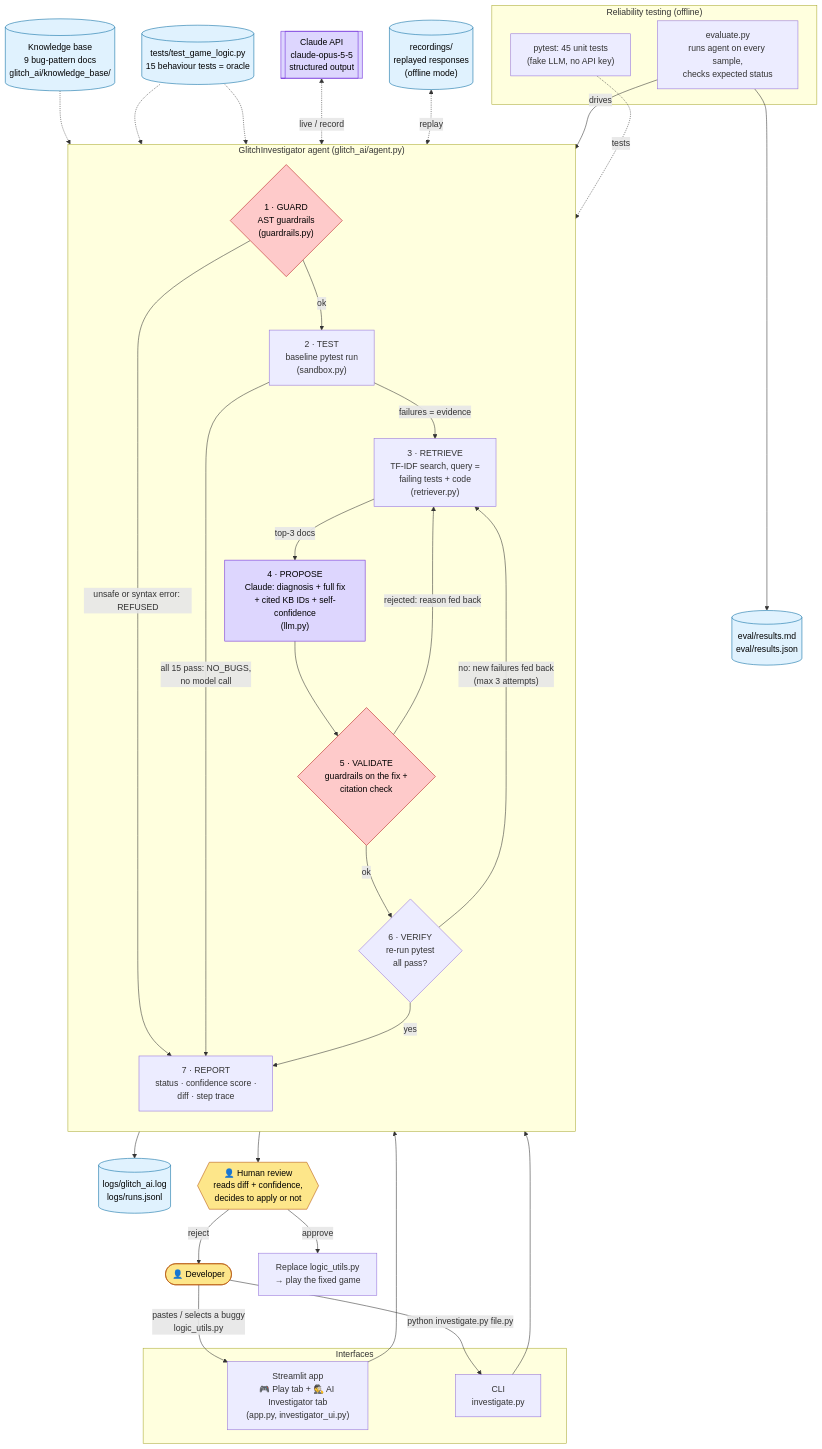
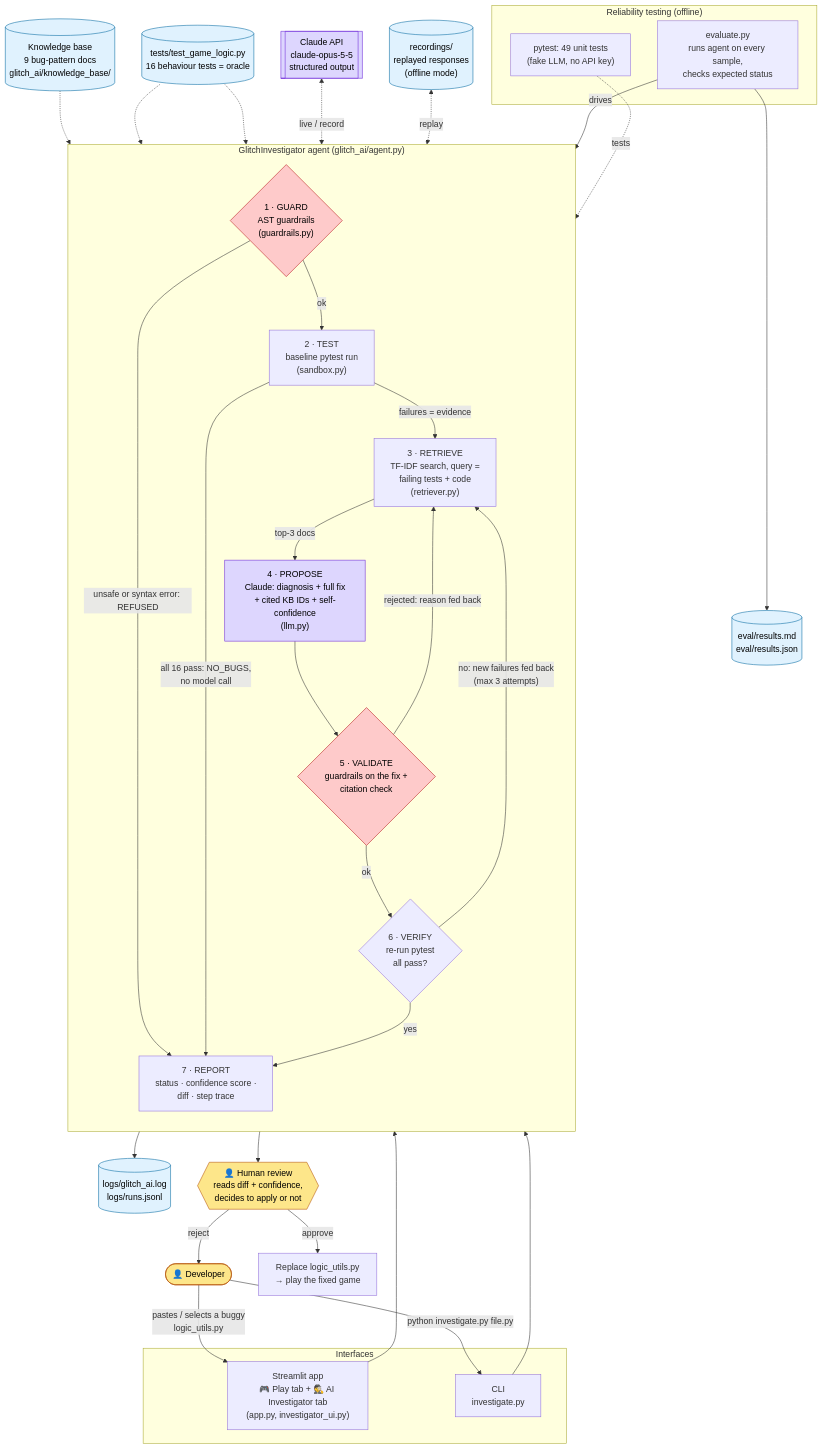
Before and after one commit to OmarTorky-dev/applied-ai-system-project: the diagram in diagrams/architecture.mmd, drawn with Mermaid. The commit also changed 49 other files, not shown here.

```diff
--- a/diagrams/architecture.mmd
+++ b/diagrams/architecture.mmd
@@ -1,66 +1,66 @@
 %% Glitch Investigator AI: system architecture
 %% Source of truth for the diagram embedded in README.md
 flowchart TD
     %% ---------- Inputs ----------
     U([👤 Developer]) -->|"pastes / selects a buggy<br/>logic_utils.py"| UI
     subgraph Interfaces
         UI["Streamlit app<br/>🎮 Play tab + 🕵️ AI Investigator tab<br/>(app.py, investigator_ui.py)"]
         CLI["CLI<br/>investigate.py"]
     end
     U -->|"python investigate.py file.py"| CLI
     UI --> AGENT
     CLI --> AGENT
 
     %% ---------- Agent loop ----------
     subgraph AGENT["GlitchInvestigator agent  (glitch_ai/agent.py)"]
         direction TB
         G1{"1 · GUARD<br/>AST guardrails<br/>(guardrails.py)"}
         T1["2 · TEST<br/>baseline pytest run<br/>(sandbox.py)"]
         R["3 · RETRIEVE<br/>TF-IDF search, query =<br/>failing tests + code<br/>(retriever.py)"]
         P["4 · PROPOSE<br/>Claude: diagnosis + full fix<br/>+ cited KB IDs + self-confidence<br/>(llm.py)"]
         V{"5 · VALIDATE<br/>guardrails on the fix +<br/>citation check"}
         T2{"6 · VERIFY<br/>re-run pytest<br/>all pass?"}
         REP["7 · REPORT<br/>status · confidence score ·<br/>diff · step trace"]
 
         G1 -->|"unsafe or syntax error: REFUSED"| REP
         G1 -->|ok| T1
-        T1 -->|"all 15 pass: NO_BUGS,<br/>no model call"| REP
+        T1 -->|"all 16 pass: NO_BUGS,<br/>no model call"| REP
         T1 -->|failures = evidence| R
         R -->|top-3 docs| P
         P --> V
         V -->|"rejected: reason fed back"| R
         V -->|ok| T2
         T2 -->|"no: new failures fed back<br/>(max 3 attempts)"| R
         T2 -->|yes| REP
     end
 
     %% ---------- Data stores & services ----------
     KB[("Knowledge base<br/>9 bug-pattern docs<br/>glitch_ai/knowledge_base/")] -.-> R
-    TESTS[("tests/test_game_logic.py<br/>15 behaviour tests = oracle")] -.-> T1
+    TESTS[("tests/test_game_logic.py<br/>16 behaviour tests = oracle")] -.-> T1
     TESTS -.-> T2
     CLAUDE[["Claude API<br/>claude-opus-5-5<br/>structured output"]] <-.->|live / record| P
     REC[("recordings/<br/>replayed responses<br/>(offline mode)")] <-.->|replay| P
 
     %% ---------- Outputs & human checkpoint ----------
     REP --> LOGS[("logs/glitch_ai.log<br/>logs/runs.jsonl")]
     REP --> HUMAN{{"👤 Human review<br/>reads diff + confidence,<br/>decides to apply or not"}}
     HUMAN -->|approve| APPLY["Replace logic_utils.py<br/>→ play the fixed game"]
     HUMAN -->|reject| U
 
     %% ---------- Offline evaluation ----------
     subgraph Evaluation["Reliability testing (offline)"]
-        UT["pytest: 45 unit tests<br/>(fake LLM, no API key)"]
+        UT["pytest: 49 unit tests<br/>(fake LLM, no API key)"]
         EV["evaluate.py<br/>runs agent on every sample,<br/>checks expected status"]
     end
     EV -->|drives| AGENT
     EV --> RES[("eval/results.md<br/>eval/results.json")]
     UT -.->|tests| AGENT
 
     classDef human fill:#fde68a,stroke:#b45309,color:#000
     classDef ai fill:#ddd6fe,stroke:#6d28d9,color:#000
     classDef store fill:#e0f2fe,stroke:#0369a1,color:#000
     classDef guard fill:#fecaca,stroke:#b91c1c,color:#000
     class U,HUMAN human
     class P,CLAUDE ai
     class KB,TESTS,REC,LOGS,RES store
     class G1,V guard
```
